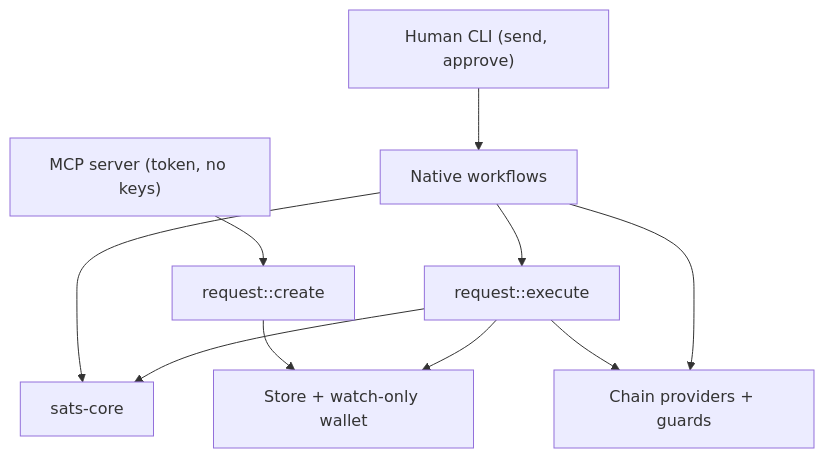
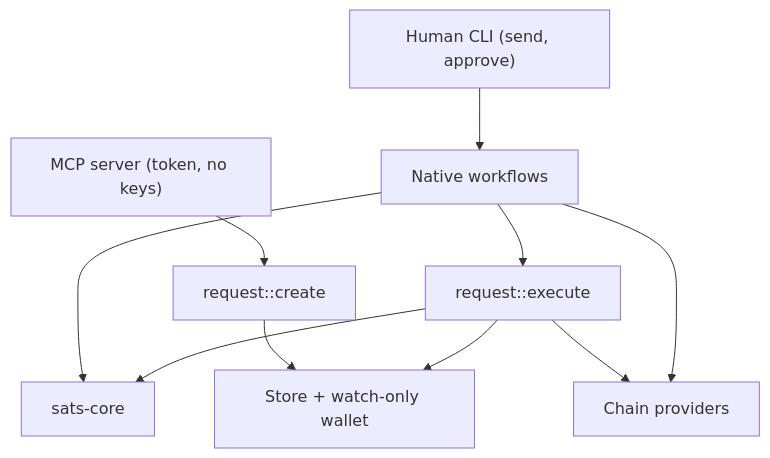
The first of 4 diagrams in docs/architecture.md (idemresearch/sats), drawn with Mermaid before and after one commit. The commit also changed other lines of this file and 30 other files, not shown here.

````diff
--- a/docs/architecture.md
+++ b/docs/architecture.md
@@ -8,12 +8,12 @@
 ```mermaid
 flowchart TD
     CLI["Human CLI (send, approve)"] --> Native["Native workflows"]
     MCP["MCP server (token, no keys)"] --> Requests["request::create"]
     Requests --> State["Store + watch-only wallet"]
     Native --> Exec["request::execute"]
     Native --> Core["sats-core"]
     Exec --> Core
     Exec --> State
-    Exec --> Providers["Chain providers + guards"]
+    Exec --> Providers["Chain providers"]
     Native --> Providers
 ```
````
